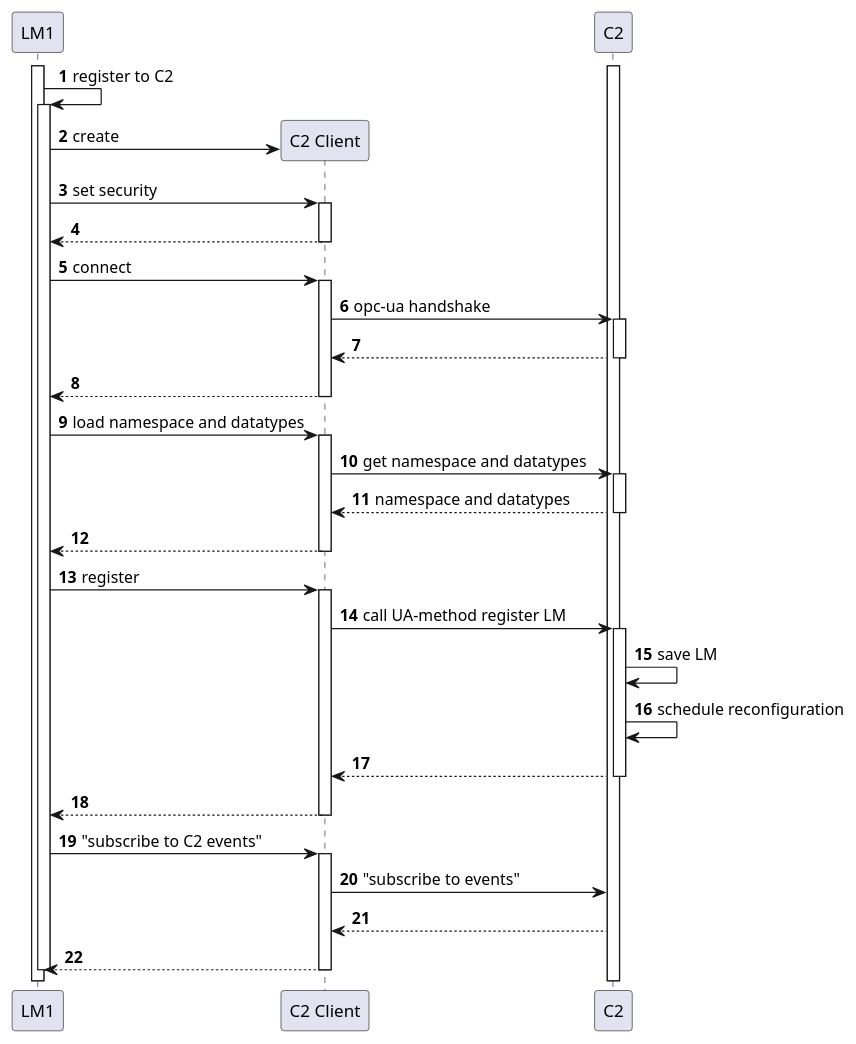
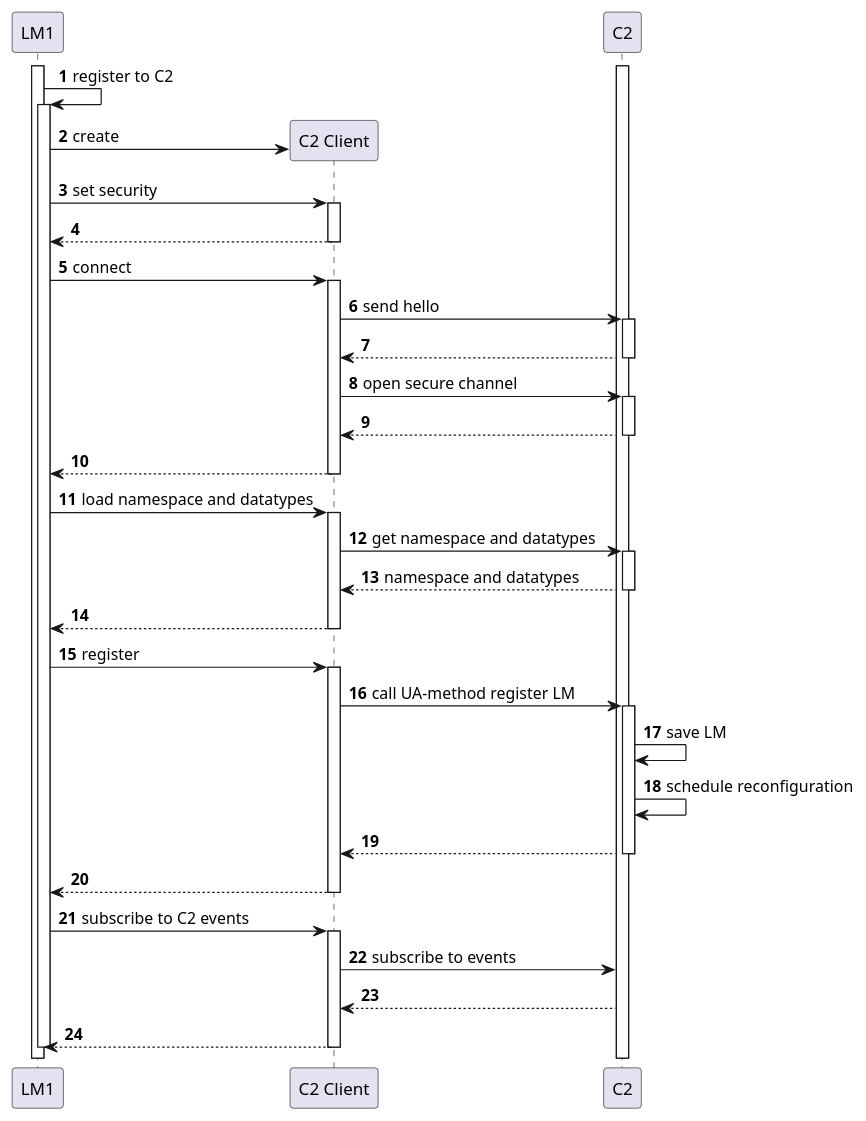
The diagram in diagrams/opcua client server.puml (PhantomPhr3ak/bachelorthesis-distributed-ids), drawn with PlantUML before and after one commit. The commit also changed 2 other files, not shown here.

```diff
--- a/diagrams/opcua client server.puml
+++ b/diagrams/opcua client server.puml
@@ -1,67 +1,71 @@
 @startuml
 'https://plantuml.com/sequence-diagram
 
 autonumber
 'participant "LM Server" as server order 0
 participant LM1 order 1
 participant "C2 Client" as Client order 2
 participant C2 order 3
 
 activate LM1
 
 
 
 '== Connection to C2 ==
 activate C2
 LM1 -> LM1 : register to C2
 activate LM1
 LM1 -> Client **: create
 'activate Client
 'deactivate Client
 
 LM1 -> Client : set security
 activate Client
 Client --> LM1
 deactivate Client
 
 LM1 -> Client : connect
 activate Client
-Client -> C2 : opc-ua handshake
+Client -> C2 : send hello
+activate C2
+C2 --> Client
+deactivate C2
+Client -> C2 : open secure channel
 activate C2
 C2 --> Client
 deactivate C2
 Client --> LM1
 deactivate Client
 
 
 LM1 -> Client : load namespace and datatypes
 activate Client
 Client -> C2 : get namespace and datatypes
 activate C2
 C2 --> Client : namespace and datatypes
 deactivate C2
 Client --> LM1
 deactivate Client
 
 LM1 -> Client : register
 activate Client
 Client -> C2 : call UA-method register LM
 activate C2
 C2 -> C2 : save LM
 C2 -> C2 : schedule reconfiguration
 C2 --> Client
 deactivate C2
 Client --> LM1
 deactivate Client
 
-LM1 -> Client : "subscribe to C2 events"
+LM1 -> Client : subscribe to C2 events
 activate Client
-Client -> C2 : "subscribe to events"
+Client -> C2 : subscribe to events
 C2 --> Client
 Client --> LM1
 deactivate Client
 
 deactivate LM1
 
 
 @enduml
```
